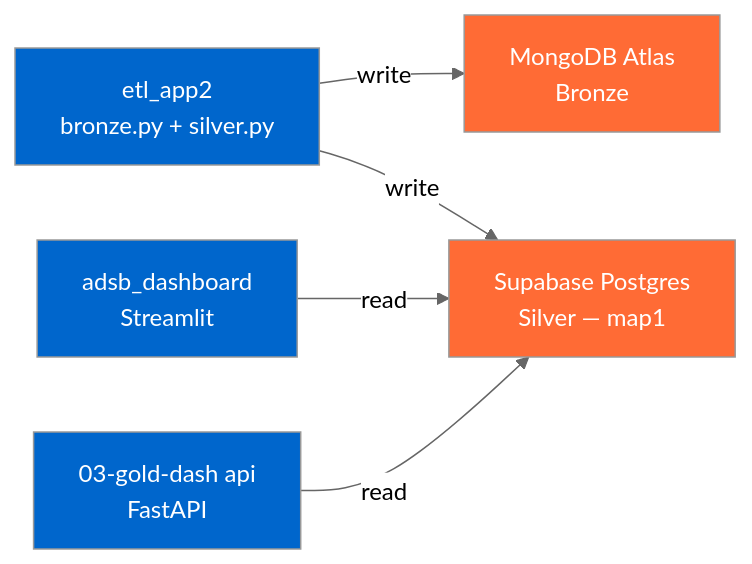
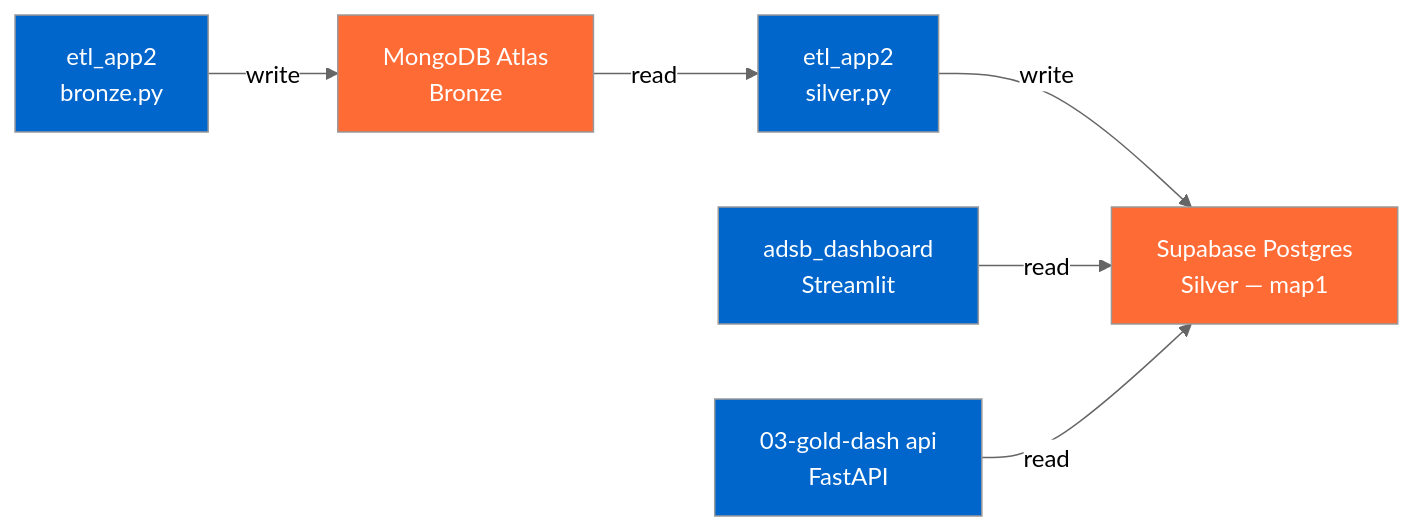
The fifth of 7 diagrams in docs/architecture/README.md (MatthiasSails/airline-data-platform), drawn with Mermaid (neutral theme) before and after one commit.

Commit message:
docs(architecture): split bronze.py/silver.py nodes in data connectivity diagram
One combined etl_app2 node writing to both stores hid the actual
Bronze→Silver flow through MongoDB. Now reads as bronze.py writes
Mongo, silver.py reads it back and writes Postgres — matching how
run_pipeline.sh actually sequences them.

````diff
--- a/docs/architecture/README.md
+++ b/docs/architecture/README.md
@@ -180,19 +180,22 @@
 ```mermaid
 graph LR
-    ETL["etl_app2<br/>bronze.py + silver.py"]
+    BRONZE["etl_app2<br/>bronze.py"]
+    SILVER["etl_app2<br/>silver.py"]
     DASH1["adsb_dashboard<br/>Streamlit"]
     API["03-gold-dash api<br/>FastAPI"]
     MONGO["MongoDB Atlas<br/>Bronze"]
     SUPA["Supabase Postgres<br/>Silver — map1"]
 
-    ETL -->|write| MONGO
-    ETL -->|write| SUPA
+    BRONZE -->|write| MONGO
+    MONGO -->|read| SILVER
+    SILVER -->|write| SUPA
     DASH1 -->|read| SUPA
     API -->|read| SUPA
 
     style MONGO fill:#FF6B35,color:#fff
     style SUPA fill:#FF6B35,color:#fff
-    style ETL fill:#0066CC,color:#fff
+    style BRONZE fill:#0066CC,color:#fff
+    style SILVER fill:#0066CC,color:#fff
     style DASH1 fill:#0066CC,color:#fff
     style API fill:#0066CC,color:#fff
 ```
````
